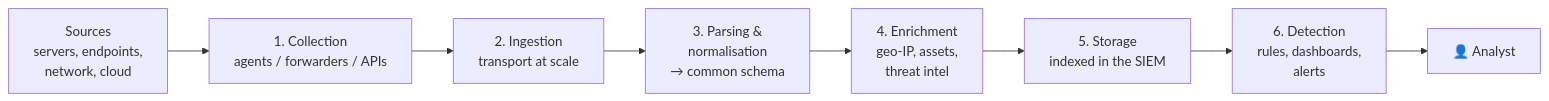
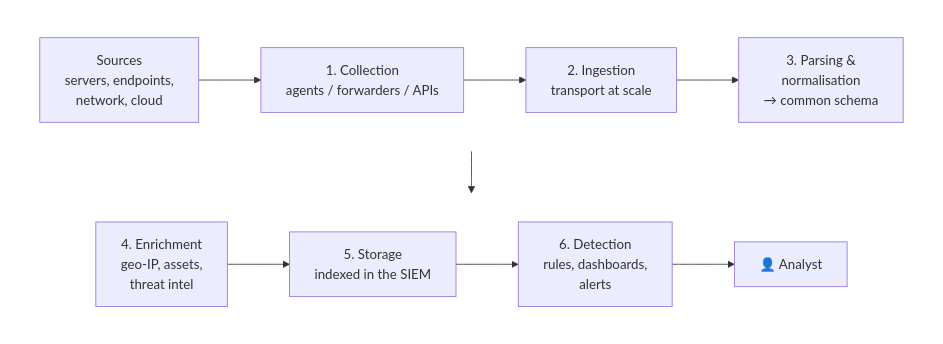
One commit to SasanTazayoni/splunk-soc changed the first of 3 diagrams in README.md. Above: the diagram before and after it, drawn with Mermaid.

Commit message:
Wrap data-pipeline diagram to two rows

````diff
--- a/README.md
+++ b/README.md
@@ -342,10 +342,14 @@
 ```mermaid
-flowchart LR
-    SRC["Sources<br/>servers, endpoints,<br/>network, cloud"] --> COL["1. Collection<br/>agents / forwarders / APIs"]
-    COL --> ING["2. Ingestion<br/>transport at scale"]
-    ING --> PAR["3. Parsing &<br/>normalisation<br/>→ common schema"]
-    PAR --> ENR["4. Enrichment<br/>geo-IP, assets,<br/>threat intel"]
-    ENR --> STO["5. Storage<br/>indexed in the SIEM"]
-    STO --> DET["6. Detection<br/>rules, dashboards,<br/>alerts"]
-    DET --> AN["👤 Analyst"]
+flowchart TB
+    subgraph row1[" "]
+        direction LR
+        SRC["Sources<br/>servers, endpoints,<br/>network, cloud"] --> COL["1. Collection<br/>agents / forwarders / APIs"] --> ING["2. Ingestion<br/>transport at scale"] --> PAR["3. Parsing &<br/>normalisation<br/>→ common schema"]
+    end
+    subgraph row2[" "]
+        direction LR
+        ENR["4. Enrichment<br/>geo-IP, assets,<br/>threat intel"] --> STO["5. Storage<br/>indexed in the SIEM"] --> DET["6. Detection<br/>rules, dashboards,<br/>alerts"] --> AN["👤 Analyst"]
+    end
+    PAR --> ENR
+    style row1 fill:none,stroke:none
+    style row2 fill:none,stroke:none
 ```
````
